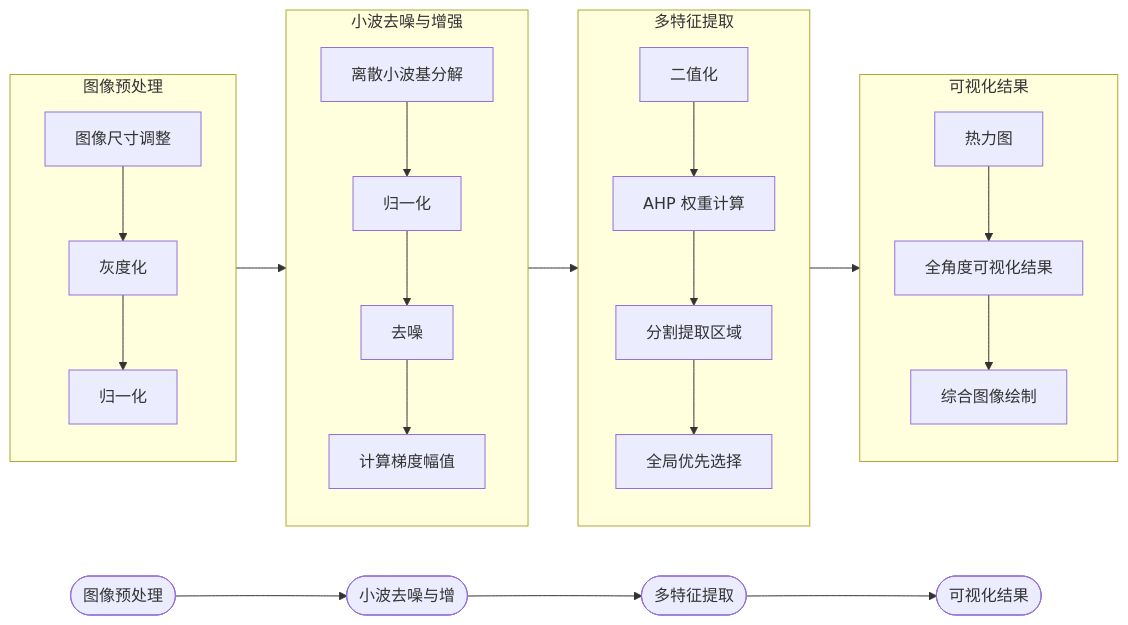
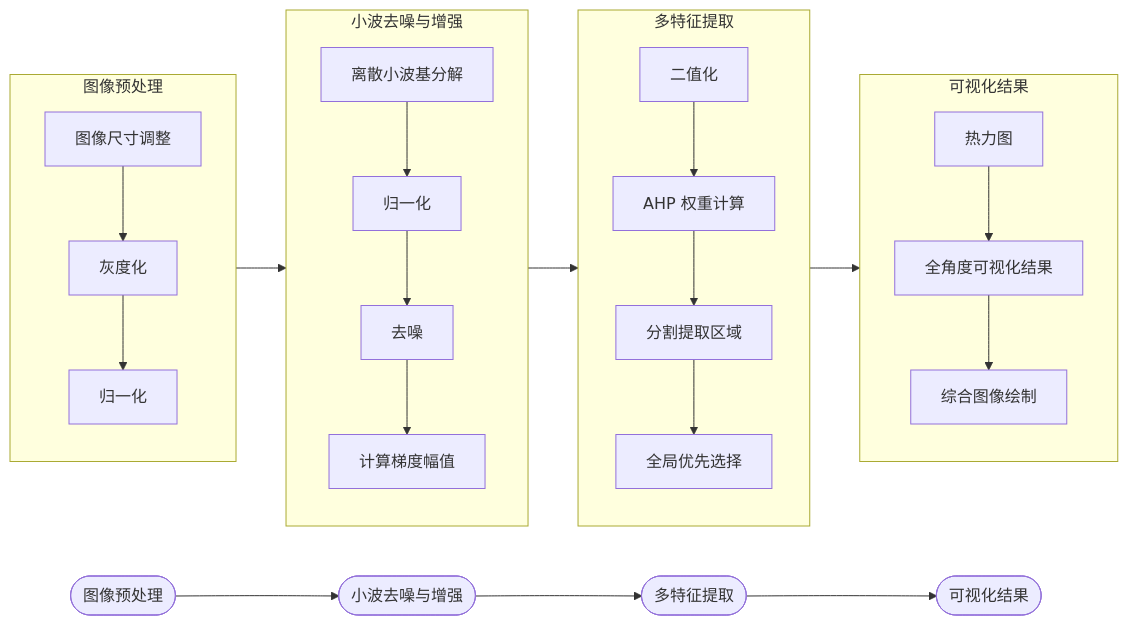
The diagram in all/未命名.md (Linziyang1026/iodraw-files), drawn with Mermaid before and after one commit.

Commit message:
2025-05-11 00:11:58 update

````diff
--- a/all/未命名.md
+++ b/all/未命名.md
@@ -1,51 +1,51 @@
 ```mermaid
 flowchart LR
     %% 顶部阶段名称及流程箭头
-    T1([图像预处理]) --> T2([小波去噪与增])
+    T1([图像预处理]) --> T2([小波去噪与增强])
     T2 --> T3([多特征提取])
     T3 --> T4([可视化结果])
 
     %% 图像预处理模块（纵向排列）
     subgraph 图像预处理
         direction TB
         A1[图像尺寸调整]
         A2[灰度化]
         A3[归一化]
         A1 --> A2 --> A3
     end
 
     %% 小波去噪与增强模块（纵向排列）
     subgraph 小波去噪与增强
         direction TB
         B1[离散小波基分解]
         B2[归一化]
         B3[去噪]
         B4[计算梯度幅值]
         B1 --> B2 --> B3 --> B4
     end
 
     %% 多特征提取模块（纵向排列）
     subgraph 多特征提取
         direction TB
         C1[二值化]
         C2[AHP 权重计算]
         C3[分割提取区域]
         C4[全局优先选择]
         C1 --> C2 --> C3 --> C4
     end
 
     %% 可视化结果模块（纵向排列）
     subgraph 可视化结果
         direction TB
         D1[热力图]
         D2[全角度可视化结果]
         D3[综合图像绘制]
         D1 --> D2 --> D3
     end
 
     %% 模块间的流程连接
     A3 --> B1
     B4 --> C1
     C4 --> D1
 
 ```
````
